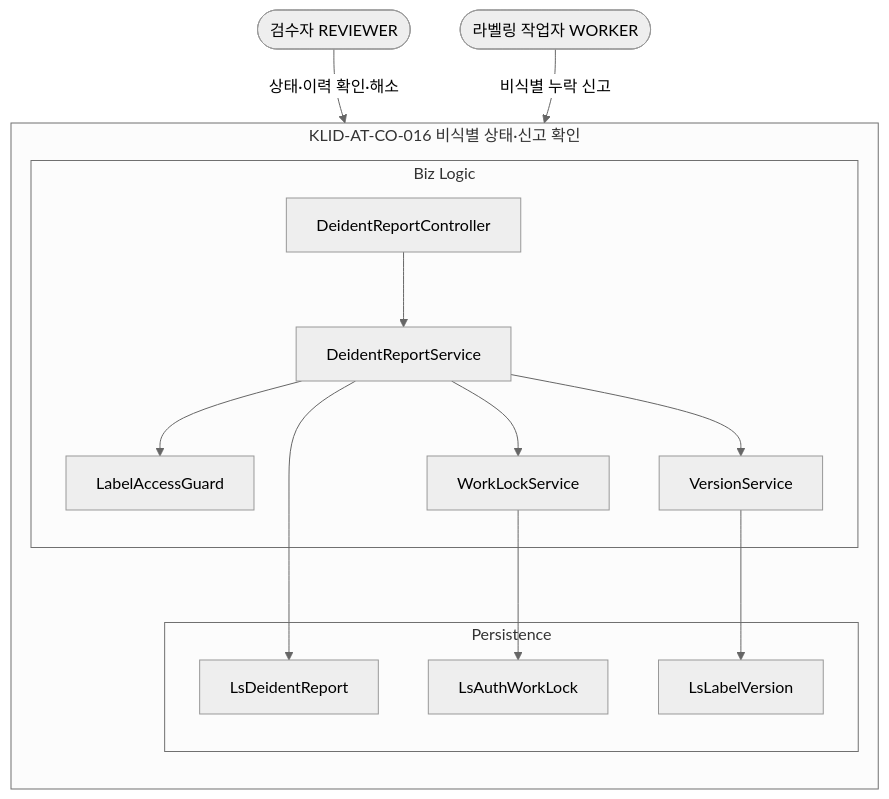
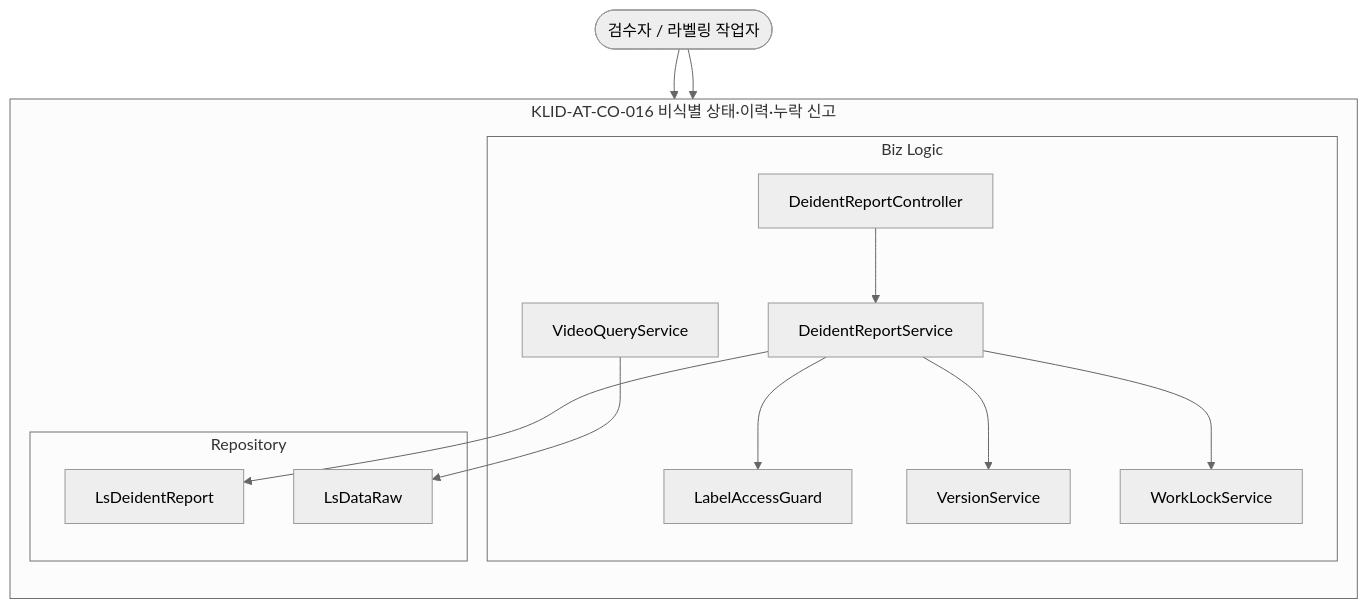
Before and after one commit to New-stella/klid-label: diagram 13 of 18 in docs/design/D3-컴포넌트설계서.md, drawn with Mermaid (neutral theme). The commit also changed other lines of this file and 7 other files, not shown here.

````diff
--- a/docs/design/D3-컴포넌트설계서.md
+++ b/docs/design/D3-컴포넌트설계서.md
@@ -416,29 +401,27 @@
 ```mermaid
 flowchart TD
-    REVIEWER([검수자 REVIEWER])
-    WORKER([라벨링 작업자 WORKER])
-    subgraph CO016[KLID-AT-CO-016 비식별 상태·신고 확인]
+    USER([검수자 / 라벨링 작업자])
+    subgraph CO016[KLID-AT-CO-016 비식별 상태·이력·누락 신고]
         direction TB
         subgraph BIZ16[Biz Logic]
+            VQS[VideoQueryService]
             DRC[DeidentReportController]
             DRS[DeidentReportService]
+            LAG16[LabelAccessGuard]
             WLS[WorkLockService]
-            VS[VersionService]
-            LAG[LabelAccessGuard]
+            VS16[VersionService]
         end
-        subgraph PER16[Persistence]
-            LDR[LsDeidentReport]
-            LWL[LsAuthWorkLock]
-            LLV[LsLabelVersion]
+        subgraph REP16[Repository]
+            RPT[LsDeidentReport]
+            RAW16[LsDataRaw]
         end
         DRC --> DRS
-        DRS --> LAG
+        DRS --> LAG16
+        DRS --> VS16
         DRS --> WLS
-        DRS --> VS
-        DRS --> LDR
-        WLS --> LWL
-        VS --> LLV
+        DRS --> RPT
+        VQS --> RAW16
     end
-    REVIEWER -->|상태·이력 확인·해소| DRC
-    WORKER -->|비식별 누락 신고| DRC
+    USER --> VQS
+    USER --> DRC
 ```
````
